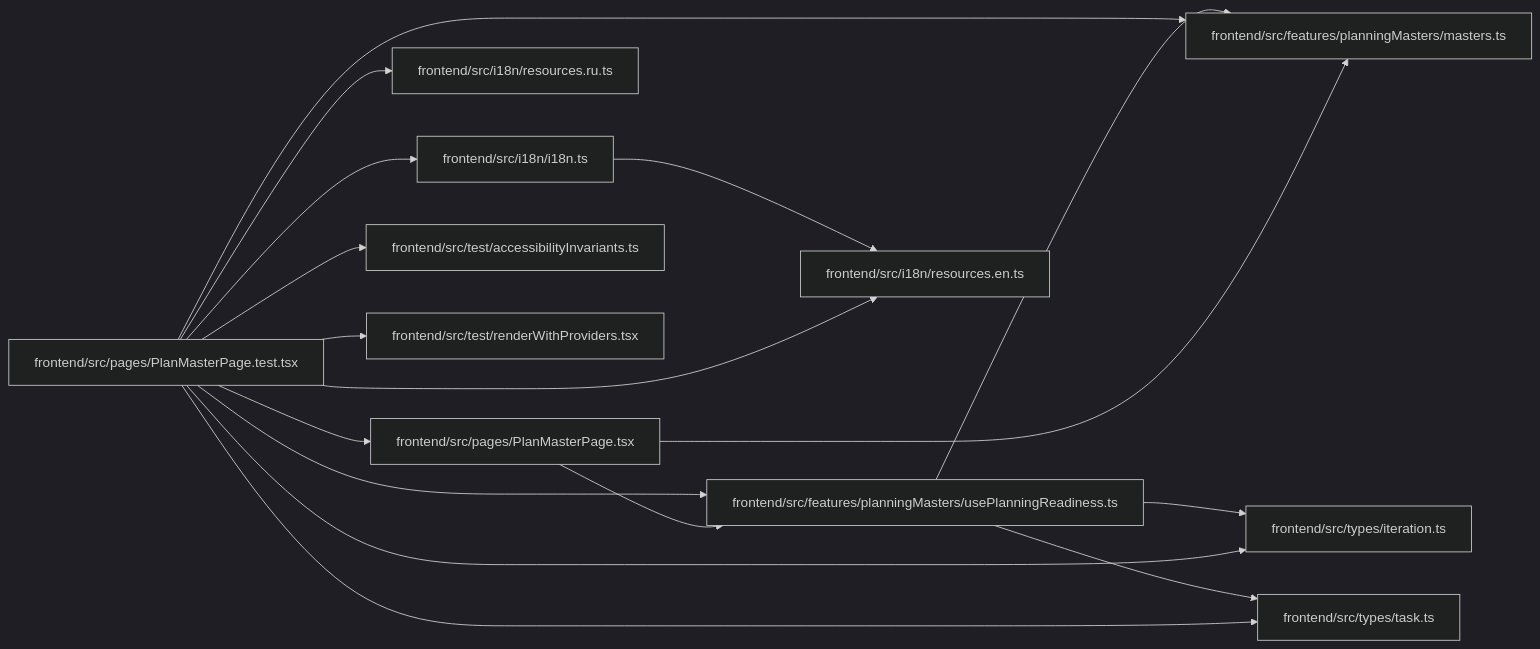
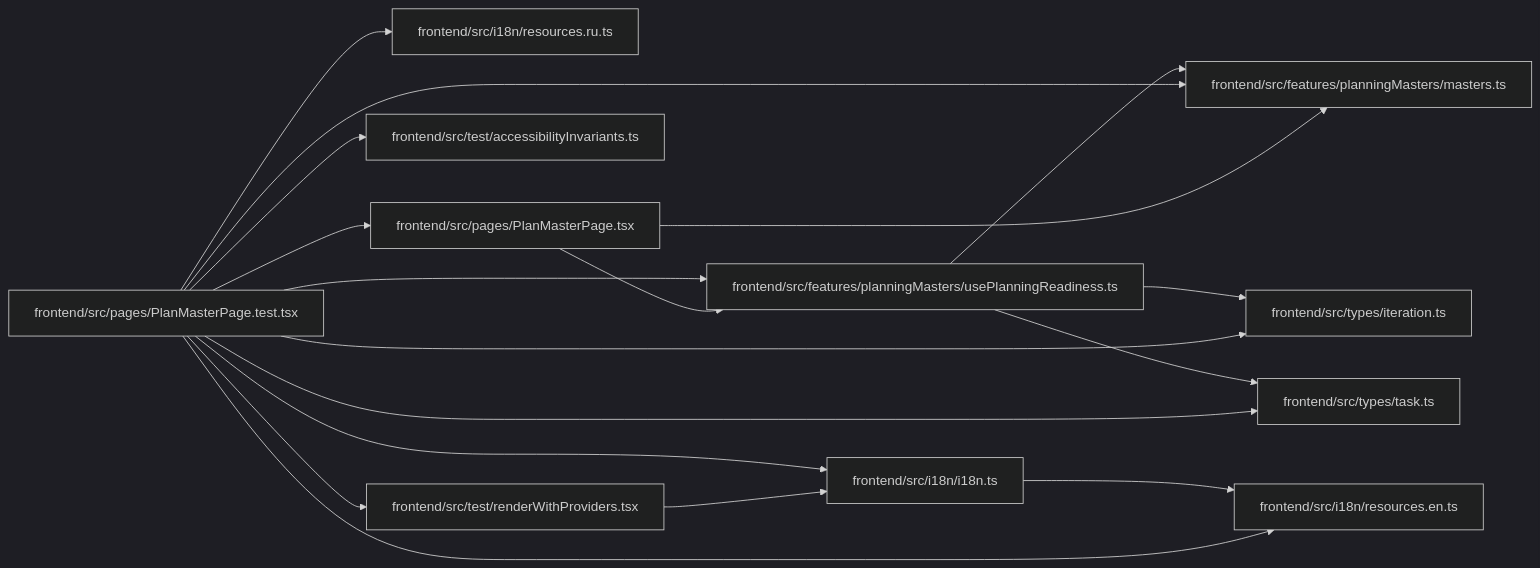
Before and after one commit to Denissvgn/WorkChord: the diagram in docs/llm_wiki/modules/PlanMasterPage.test.md, drawn with Mermaid (dark theme). The commit also changed other lines of this file and 25171 other files, not shown here.

````diff
--- a/docs/llm_wiki/modules/PlanMasterPage.test.md
+++ b/docs/llm_wiki/modules/PlanMasterPage.test.md
@@ -37,41 +40,42 @@
 ```mermaid
 flowchart LR
     n0["frontend/src/features/planningMasters/masters.ts"]
     n1["frontend/src/features/planningMasters/usePlanningReadiness.ts"]
     n2["frontend/src/i18n/i18n.ts"]
     n3["frontend/src/i18n/resources.en.ts"]
     n4["frontend/src/i18n/resources.ru.ts"]
     n5["frontend/src/pages/PlanMasterPage.test.tsx"]
     n6["frontend/src/pages/PlanMasterPage.tsx"]
     n7["frontend/src/test/accessibilityInvariants.ts"]
     n8["frontend/src/test/renderWithProviders.tsx"]
     n9["frontend/src/types/iteration.ts"]
     n10["frontend/src/types/task.ts"]
     n1 --> n0
     n1 --> n9
     n1 --> n10
     n2 --> n3
     n5 --> n0
     n5 --> n1
     n5 --> n2
     n5 --> n3
     n5 --> n4
     n5 --> n6
     n5 --> n7
     n5 --> n8
     n5 --> n9
     n5 --> n10
     n6 --> n0
     n6 --> n1
+    n8 --> n2
     click n0 "../modules/planningMasters_masters.md"
     click n1 "../modules/usePlanningReadiness.md"
     click n2 "../modules/i18n.md"
     click n3 "../modules/resources.en.md"
     click n4 "../modules/resources.ru.md"
     click n5 "../modules/PlanMasterPage.test.md"
     click n6 "../modules/PlanMasterPage.md"
     click n7 "../modules/accessibilityInvariants.md"
     click n8 "../modules/renderWithProviders.md"
     click n9 "../modules/types_iteration.md"
     click n10 "../modules/types_task.md"
 ```
````
